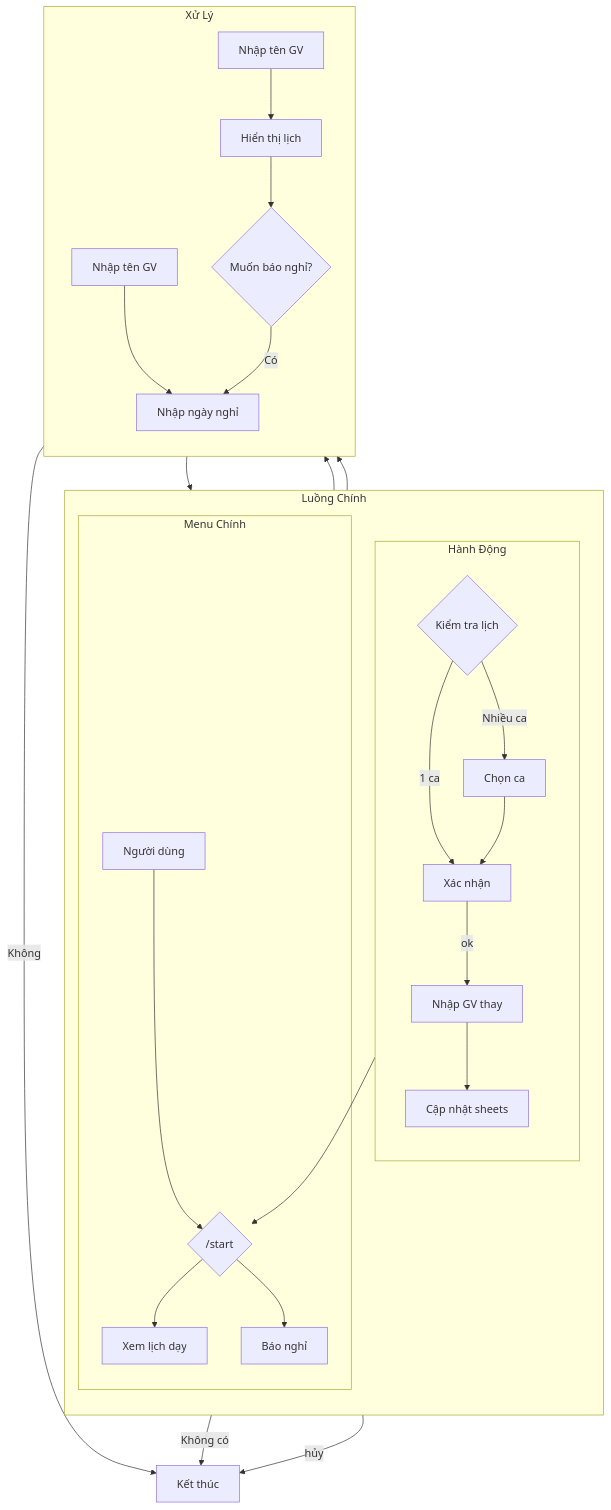
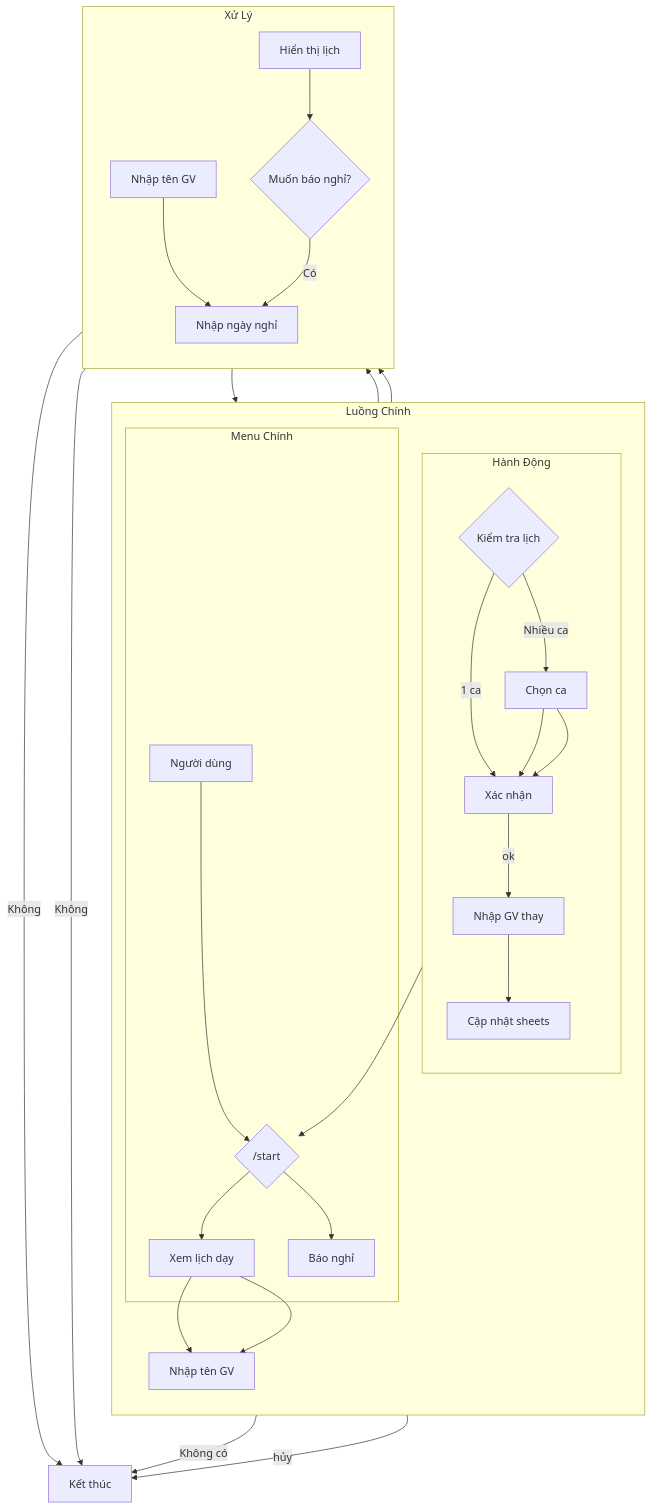
Before and after one commit to let-shyn-cook/TeacherBot-Assistant: the diagram in readme.md, drawn with Mermaid.

````diff
--- a/readme.md
+++ b/readme.md
@@ -117,36 +117,36 @@
 ```mermaid
 flowchart TB
     subgraph Left["Luồng Chính"]
         direction TB
         subgraph Menu["Menu Chính"]
             A[Người dùng] --> B{/start}
             B --> C[Xem lịch dạy]
             B --> D[Báo nghỉ]
         end
-
+        C --> C1[Nhập tên GV]
         subgraph Actions["Hành Động"]
             direction TB
             G --> |1 ca| H[Xác nhận]
             G --> |Nhiều ca| I[Chọn ca]
             I --> H
             H --> |ok| J[Nhập GV thay]
             J --> K[Cập nhật sheets]
             K --> B
         end
     end
-
+        I --> H
     subgraph Process["Xử Lý"]
         direction TB
         C --> C1[Nhập tên GV]
         D --> E[Nhập tên GV]
         C1 --> C2[Hiển thị lịch]
         E --> F[Nhập ngày nghỉ]
         C2 --> C3{Muốn báo nghỉ?}
         F --> G{Kiểm tra lịch}
     end
-
+    C3 --> |Không| Z[Kết thúc]
     C3 --> |Có| F
     C3 --> |Không| Z[Kết thúc]
     G --> |Không có| Z
     H --> |hủy| Z
 ```
````
